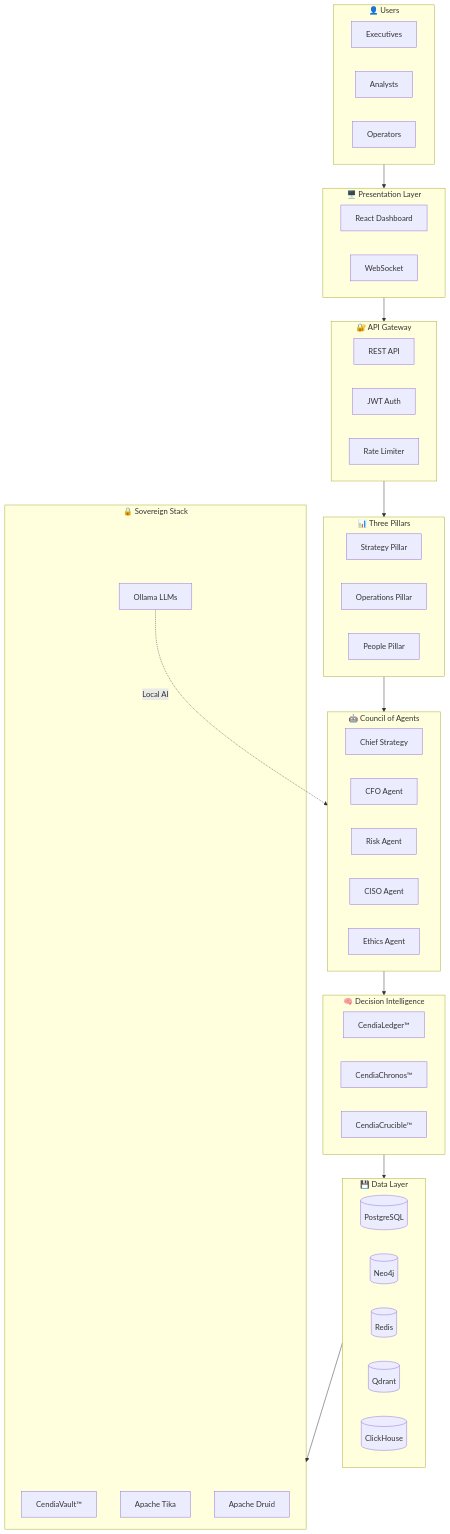
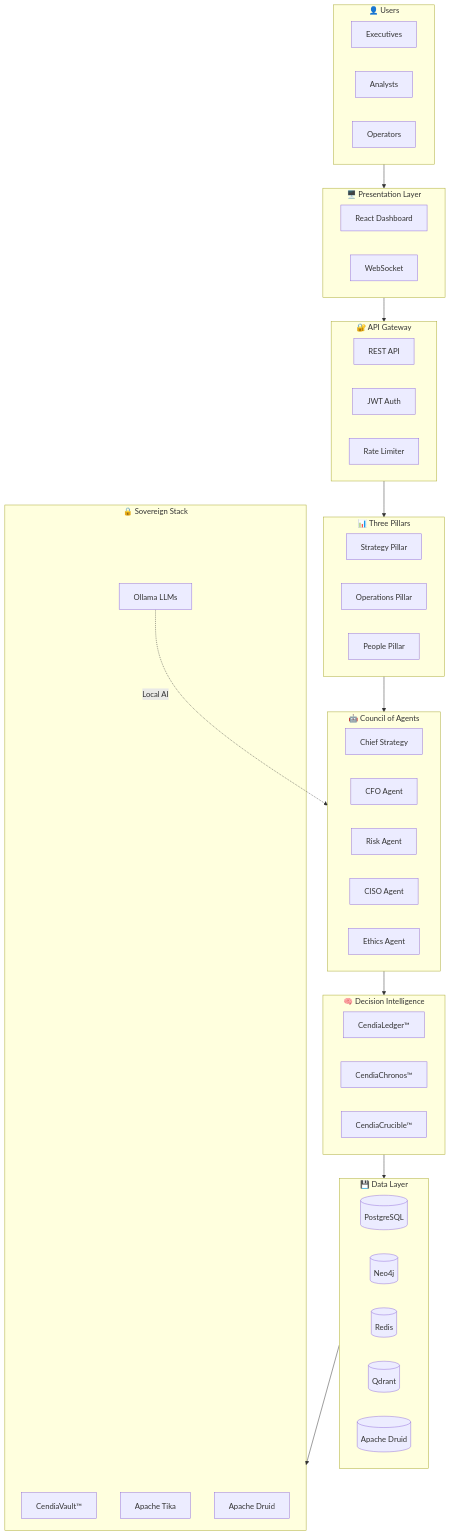
The diagram in docs/DATACENDIA_BIBLE.md (datacendia/datacendia-components), drawn with Mermaid before and after one commit. The commit also changed other lines of this file, not shown here.

````diff
--- a/docs/DATACENDIA_BIBLE.md
+++ b/docs/DATACENDIA_BIBLE.md
@@ -500,63 +535,63 @@
 ```mermaid
 flowchart TB
     subgraph Users["👤 Users"]
         Exec[Executives]
         Analyst[Analysts]
         Ops[Operators]
     end
 
     subgraph Frontend["🖥️ Presentation Layer"]
         UI[React Dashboard]
         WS[WebSocket]
     end
 
     subgraph API["🔐 API Gateway"]
         REST[REST API]
         Auth[JWT Auth]
         Rate[Rate Limiter]
     end
 
     subgraph Pillars["📊 Three Pillars"]
         Strategy[Strategy Pillar]
         Operations[Operations Pillar]
         People[People Pillar]
     end
 
     subgraph Council["🤖 Council of Agents"]
         Chief[Chief Strategy]
         CFO[CFO Agent]
         Risk[Risk Agent]
         CISO[CISO Agent]
         Ethics[Ethics Agent]
     end
 
     subgraph Intelligence["🧠 Decision Intelligence"]
         Ledger[CendiaLedger™]
         Chronos[CendiaChronos™]
         Crucible[CendiaCrucible™]
     end
 
     subgraph Data["💾 Data Layer"]
         PG[(PostgreSQL)]
         Neo[(Neo4j)]
         Redis[(Redis)]
-        Qdrant[(Qdrant)]
-        CH[(ClickHouse)]
+        QD[(Qdrant)]
+        Druid2[(Apache Druid)]
     end
 
     subgraph Sovereign["🔒 Sovereign Stack"]
         MinIO[CendiaVault™]
         Tika[Apache Tika]
         Druid[Apache Druid]
         Ollama[Ollama LLMs]
     end
 
     Users --> Frontend
     Frontend --> API
     API --> Pillars
     Pillars --> Council
     Council --> Intelligence
     Intelligence --> Data
     Data --> Sovereign
     Ollama -.->|Local AI| Council
 ```
````
